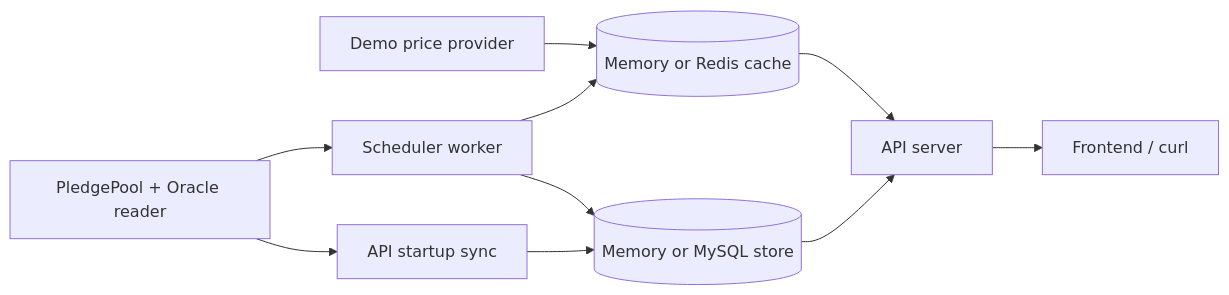
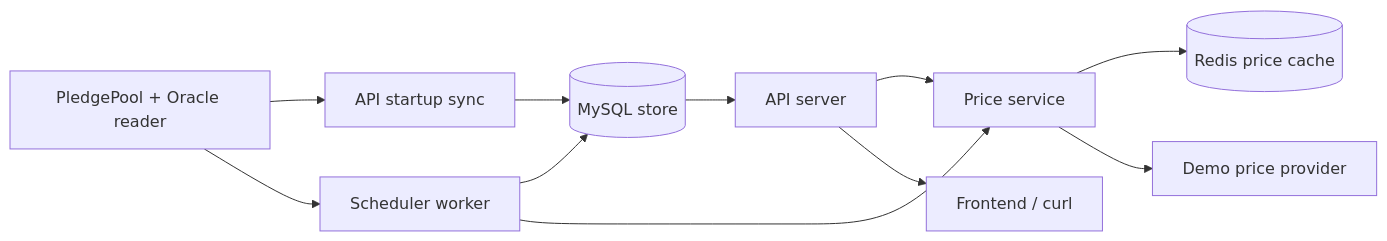
One commit to LiamZhuangDev/pledge-protocol-breakdown changed the diagram in pledgev2-rebackend/README.md. Above: the diagram before and after it, drawn with Mermaid.

````diff
--- a/pledgev2-rebackend/README.md
+++ b/pledgev2-rebackend/README.md
@@ -10,12 +10,13 @@
 ```mermaid
 flowchart LR
-  Contract[PledgePool + Oracle reader] --> Scheduler[Scheduler worker]
-  Contract --> APIBootstrap[API startup sync]
-  Scheduler --> Store[(Memory or MySQL store)]
+  Contract[PledgePool + Oracle reader] --> APIBootstrap[API startup sync]
+  Contract --> Scheduler[Scheduler worker]
+  Scheduler --> Store[(MySQL store)]
   APIBootstrap --> Store
-  Price[Demo price provider] --> Cache[(Memory or Redis cache)]
-  Cache --> API[API server]
-  Scheduler --> Cache
+  API[API server] --> PriceService[Price service]
+  Scheduler --> PriceService
+  PriceService --> Cache[(Redis price cache)]
+  PriceService --> Price[Demo price provider]
   Store --> API
   API --> Frontend[Frontend / curl]
 ```
````
